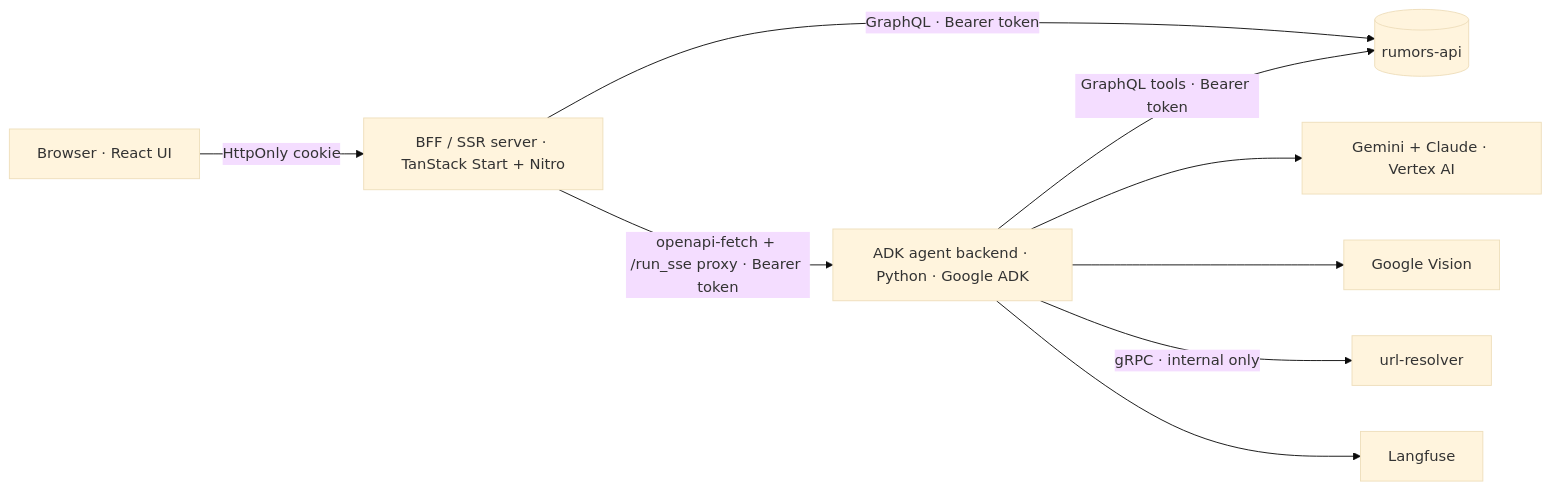
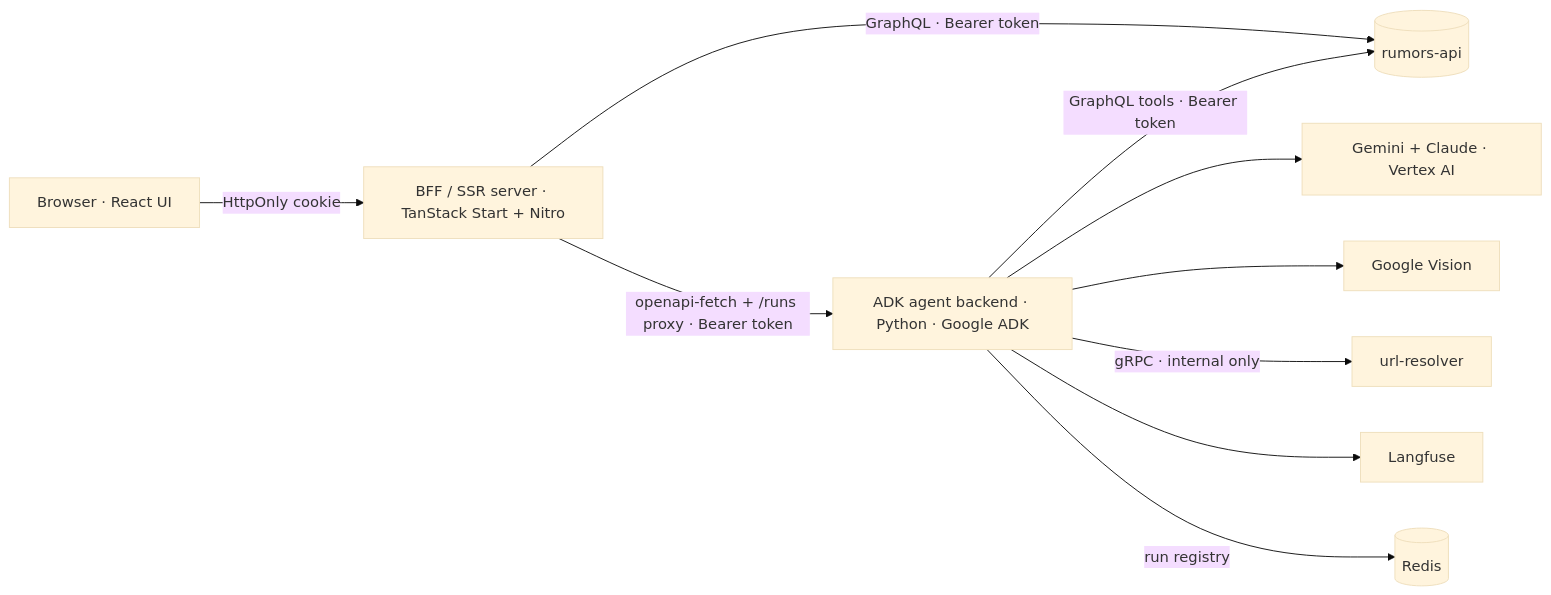
Before and after one commit to cofacts/ai: the diagram in docs/index.md, drawn with Mermaid (base theme). The commit also changed other lines of this file and 24 other files, not shown here.

First line of the commit message:
Keep runs going after the browser leaves (background runs on Redis Streams)

````diff
--- a/docs/index.md
+++ b/docs/index.md
@@ -15,11 +15,12 @@
 ```mermaid
 flowchart LR
     B[Browser · React UI] -->|HttpOnly cookie| BFF[BFF / SSR server · TanStack Start + Nitro]
-    BFF -->|openapi-fetch + /run_sse proxy · Bearer token| ADK[ADK agent backend · Python · Google ADK]
+    BFF -->|openapi-fetch + /runs proxy · Bearer token| ADK[ADK agent backend · Python · Google ADK]
     BFF -->|GraphQL · Bearer token| API[(rumors-api)]
     ADK -->|GraphQL tools · Bearer token| API
     ADK --> GEM[Gemini + Claude · Vertex AI]
     ADK --> VIS[Google Vision]
     ADK -->|gRPC · internal only| UR[url-resolver]
     ADK --> LF[Langfuse]
+    ADK -->|run registry| R[(Redis)]
 ```
````
